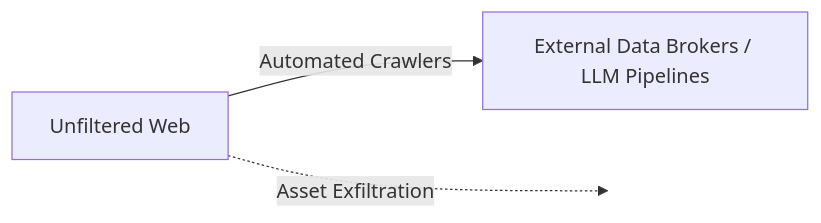
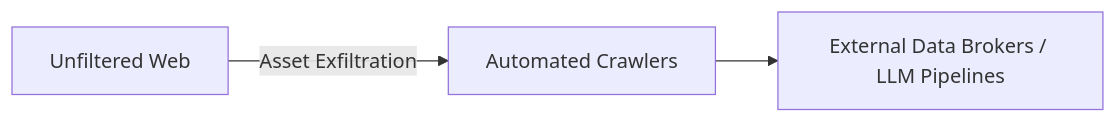
Before and after one commit to 26200602/SIA-Agentic-AI-Architecture: the first of 3 diagrams in docs/09_regional-data-isolation.md, drawn with Mermaid. The commit also changed other lines of this file, not shown here.

````diff
--- a/docs/09_regional-data-isolation.md
+++ b/docs/09_regional-data-isolation.md
@@ -25,6 +27,5 @@
 ```mermaid
 graph LR
-    A[Unfiltered Web] -- Automated Crawlers --> B[External Data Brokers / LLM Pipelines]
-    A -. Asset Exfiltration .-> C[ ]
-    style C fill:none,stroke:none
+    A[Unfiltered Web] -->|Asset Exfiltration| B[Automated Crawlers]
+    B --> C[External Data Brokers / LLM Pipelines]
 ```
````
